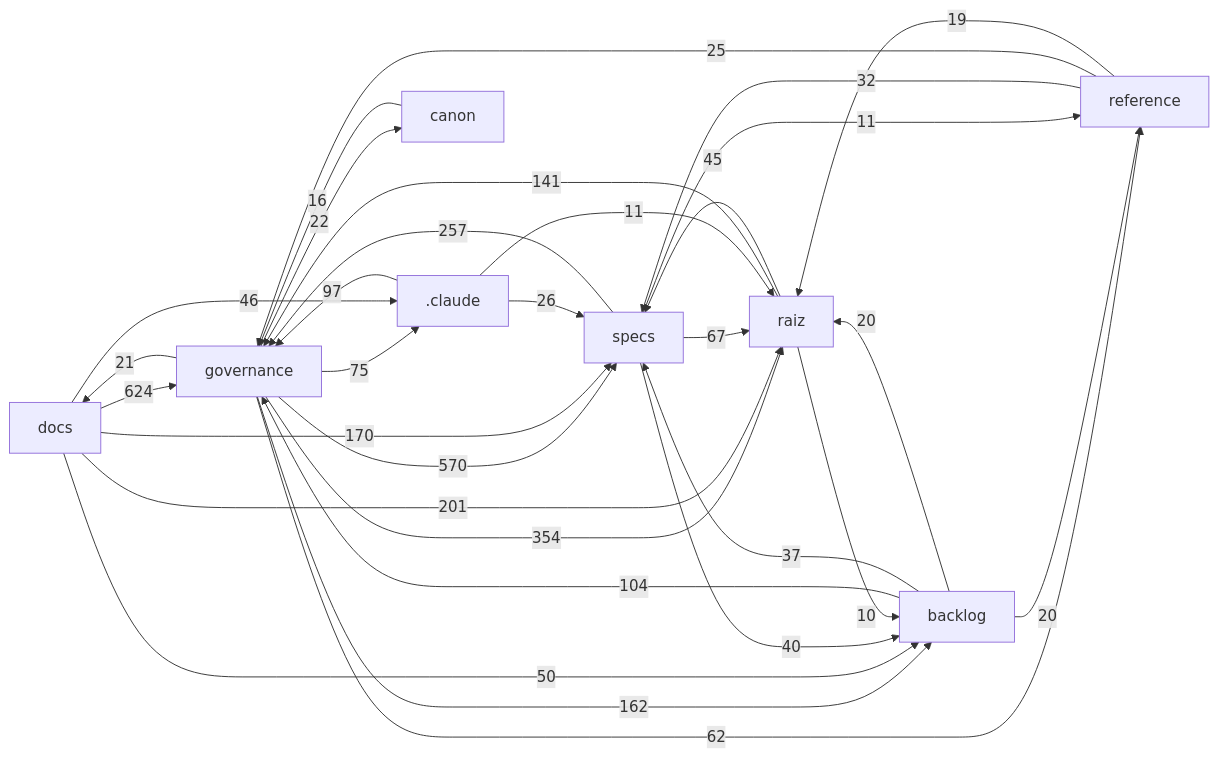
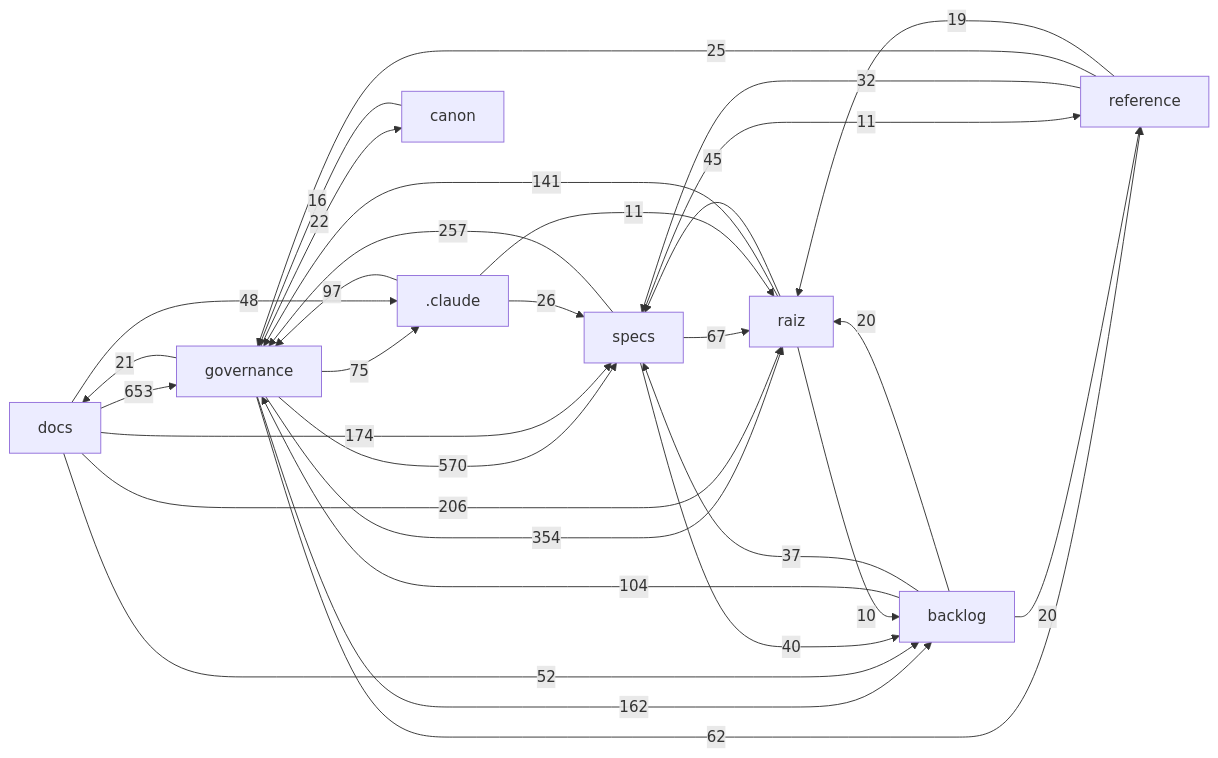
One commit to Andraus35/Sistema-Operacional-de-Trading--SOT changed the diagram in docs/mapa/MAPA-PROJETO.md. Above: the diagram before and after it, drawn with Mermaid. The commit also changed other lines of this file and 4 other files, not shown here.

````diff
--- a/docs/mapa/MAPA-PROJETO.md
+++ b/docs/mapa/MAPA-PROJETO.md
@@ -29,33 +29,33 @@
 ```mermaid
 flowchart LR
-  docs["docs"] -->|624| governance["governance"]
+  docs["docs"] -->|653| governance["governance"]
   governance["governance"] -->|570| specs["specs"]
   governance["governance"] -->|354| raiz["raiz"]
   specs["specs"] -->|257| governance["governance"]
-  docs["docs"] -->|201| raiz["raiz"]
-  docs["docs"] -->|170| specs["specs"]
+  docs["docs"] -->|206| raiz["raiz"]
+  docs["docs"] -->|174| specs["specs"]
   governance["governance"] -->|162| backlog["backlog"]
   raiz["raiz"] -->|141| governance["governance"]
   backlog["backlog"] -->|104| governance["governance"]
   _claude[".claude"] -->|97| governance["governance"]
   governance["governance"] -->|75| _claude[".claude"]
   specs["specs"] -->|67| raiz["raiz"]
   governance["governance"] -->|62| reference["reference"]
-  docs["docs"] -->|50| backlog["backlog"]
-  docs["docs"] -->|46| _claude[".claude"]
+  docs["docs"] -->|52| backlog["backlog"]
+  docs["docs"] -->|48| _claude[".claude"]
   raiz["raiz"] -->|45| specs["specs"]
   specs["specs"] -->|40| backlog["backlog"]
   backlog["backlog"] -->|37| specs["specs"]
   reference["reference"] -->|32| specs["specs"]
   _claude[".claude"] -->|26| specs["specs"]
   reference["reference"] -->|25| governance["governance"]
   governance["governance"] -->|22| canon["canon"]
   governance["governance"] -->|21| docs["docs"]
   backlog["backlog"] -->|20| raiz["raiz"]
   backlog["backlog"] -->|20| reference["reference"]
   reference["reference"] -->|19| raiz["raiz"]
   canon["canon"] -->|16| governance["governance"]
   _claude[".claude"] -->|11| raiz["raiz"]
   specs["specs"] -->|11| reference["reference"]
   raiz["raiz"] -->|10| backlog["backlog"]
 ```
````
